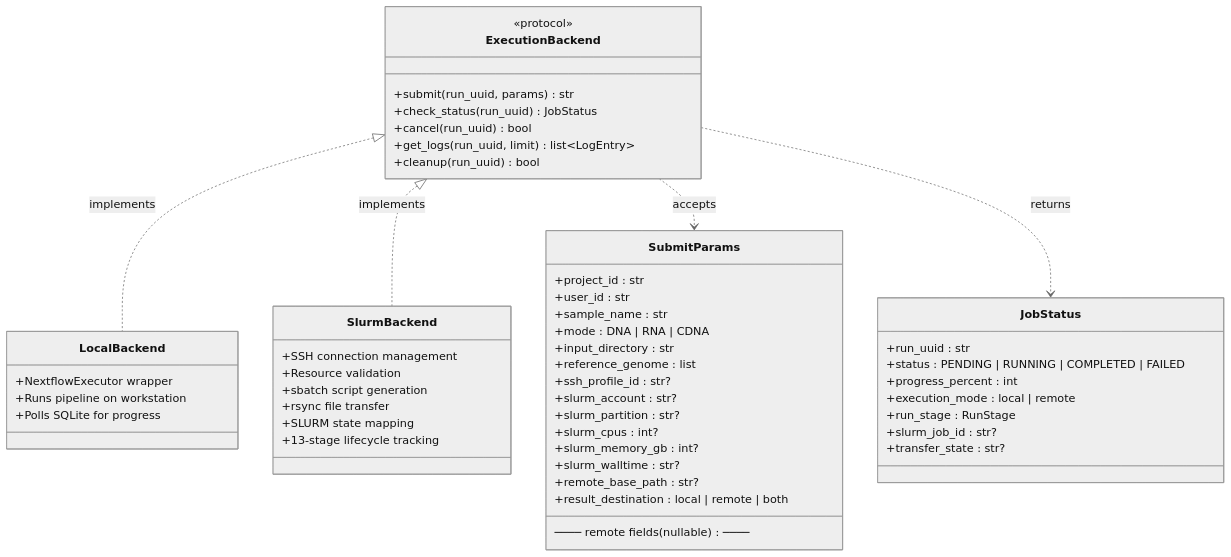
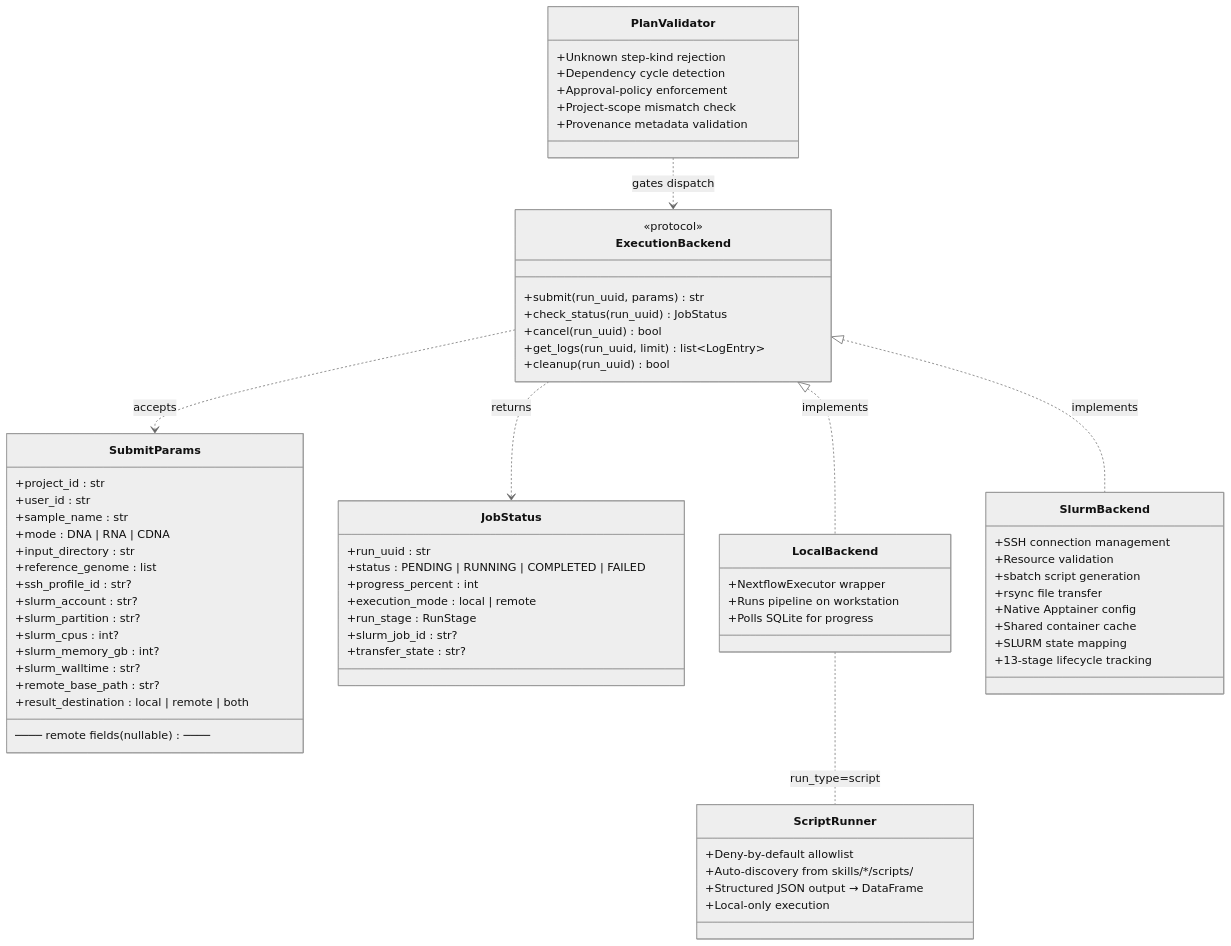
Before and after one commit to mortazavilab/agoutic: the third of 8 diagrams in docs/architecture_diagrams.md, drawn with Mermaid (neutral theme). The commit also changed other lines of this file and 26 other files, not shown here.

````diff
--- a/docs/architecture_diagrams.md
+++ b/docs/architecture_diagrams.md
@@ -133,59 +166,78 @@
 ```mermaid
 classDiagram
     class ExecutionBackend {
         <<protocol>>
         +submit(run_uuid, params) str
         +check_status(run_uuid) JobStatus
         +cancel(run_uuid) bool
         +get_logs(run_uuid, limit) list~LogEntry~
         +cleanup(run_uuid) bool
     }
 
     class SubmitParams {
         +project_id : str
         +user_id : str
         +sample_name : str
         +mode : DNA | RNA | CDNA
         +input_directory : str
         +reference_genome : list
         ──── remote fields (nullable) ────
         +ssh_profile_id : str?
         +slurm_account : str?
         +slurm_partition : str?
         +slurm_cpus : int?
         +slurm_memory_gb : int?
         +slurm_walltime : str?
         +remote_base_path : str?
         +result_destination : local | remote | both
     }
 
     class JobStatus {
         +run_uuid : str
         +status : PENDING | RUNNING | COMPLETED | FAILED
         +progress_percent : int
         +execution_mode : local | remote
         +run_stage : RunStage
         +slurm_job_id : str?
         +transfer_state : str?
     }
 
     class LocalBackend {
         +NextflowExecutor wrapper
         +Runs pipeline on workstation
         +Polls SQLite for progress
     }
 
     class SlurmBackend {
         +SSH connection management
         +Resource validation
         +sbatch script generation
         +rsync file transfer
+        +Native Apptainer config
+        +Shared container cache
         +SLURM state mapping
         +13-stage lifecycle tracking
+    }
+
+    class ScriptRunner {
+        +Deny-by-default allowlist
+        +Auto-discovery from skills/*/scripts/
+        +Structured JSON output → DataFrame
+        +Local-only execution
+    }
+
+    class PlanValidator {
+        +Unknown step-kind rejection
+        +Dependency cycle detection
+        +Approval-policy enforcement
+        +Project-scope mismatch check
+        +Provenance metadata validation
     }
 
     ExecutionBackend <|.. LocalBackend : implements
     ExecutionBackend <|.. SlurmBackend : implements
     ExecutionBackend ..> SubmitParams : accepts
     ExecutionBackend ..> JobStatus : returns
+    LocalBackend .. ScriptRunner : run_type=script
+    PlanValidator ..> ExecutionBackend : gates dispatch
 ```
````
